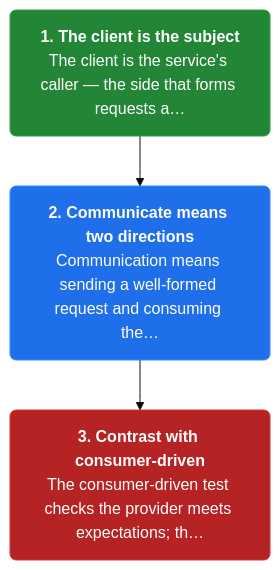
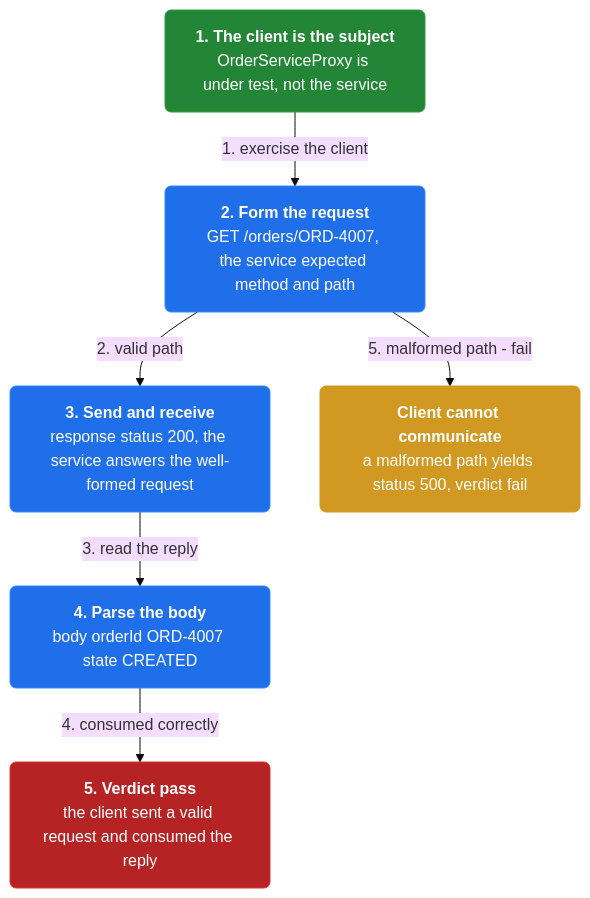
The first of 4 diagrams in docs/ch26-consumer-side-contract-test.md (vinayakuber/microservices-io-study-guide), drawn with Mermaid (base theme) before and after one commit. The commit also changed other lines of this file and 46 other files, not shown here.

First line of the commit message:
Author rich branching flow diagrams for all 44 chapters

````diff
--- a/docs/ch26-consumer-side-contract-test.md
+++ b/docs/ch26-consumer-side-contract-test.md
@@ -13,11 +13,19 @@
 ```mermaid
 flowchart TD
-  classDef step fill:#1f6feb,color:#ffffff,stroke:#388bfd,stroke-width:1px,rx:6
+  classDef step fill:#1f6feb,color:#ffffff,stroke:#388bfd,rx:6
+  classDef core fill:#8250df,color:#ffffff,stroke:#8250df,rx:6
+  classDef warn fill:#d29922,color:#ffffff,stroke:#d29922,rx:6
   classDef start fill:#238636,color:#ffffff,stroke:#2ea043,rx:6
   classDef stop fill:#b62324,color:#ffffff,stroke:#da3633,rx:6
-  s0n0["<b>1. The client is the subject</b><br/>The client is the service's caller — the side that forms requests a…"]:::start
-  s0n1["<b>2. Communicate means two directions</b><br/>Communication means sending a well-formed request and consuming the…"]:::step
-  s0n2["<b>3. Contrast with consumer-driven</b><br/>The consumer-driven test checks the provider meets expectations; th…"]:::stop
-  s0n0 --> s0n1
-  s0n1 --> s0n2
+  n0["<b>1. The client is the subject</b><br/>OrderServiceProxy is under test, not the service"]:::start
+  n1["<b>2. Form the request</b><br/>GET /orders/ORD-4007, the service expected method and path"]:::step
+  n2["<b>3. Send and receive</b><br/>response status 200, the service answers the well-formed request"]:::step
+  n3["<b>4. Parse the body</b><br/>body orderId ORD-4007 state CREATED"]:::step
+  n4["<b>5. Verdict pass</b><br/>the client sent a valid request and consumed the reply"]:::stop
+  n5["<b>Client cannot communicate</b><br/>a malformed path yields status 500, verdict fail"]:::warn
+  n0 -->|"1. exercise the client"| n1
+  n1 -->|"2. valid path"| n2
+  n2 -->|"3. read the reply"| n3
+  n3 -->|"4. consumed correctly"| n4
+  n1 -->|"5. malformed path - fail"| n5
 ```
````
